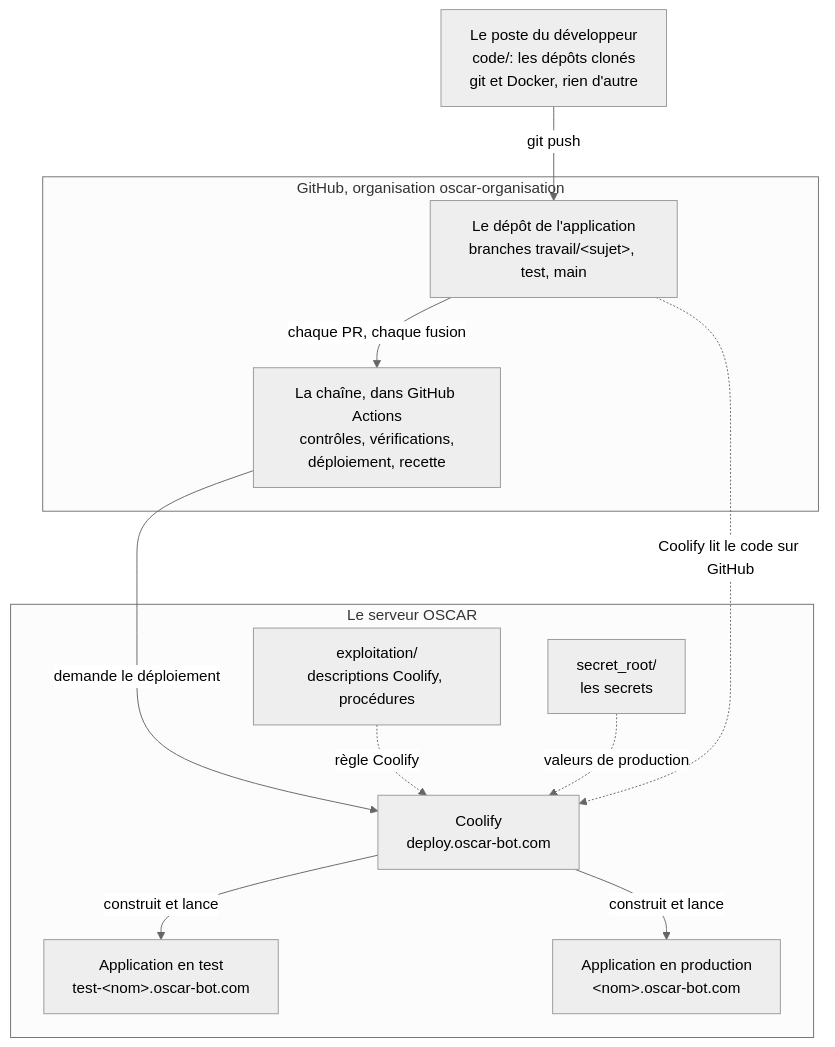
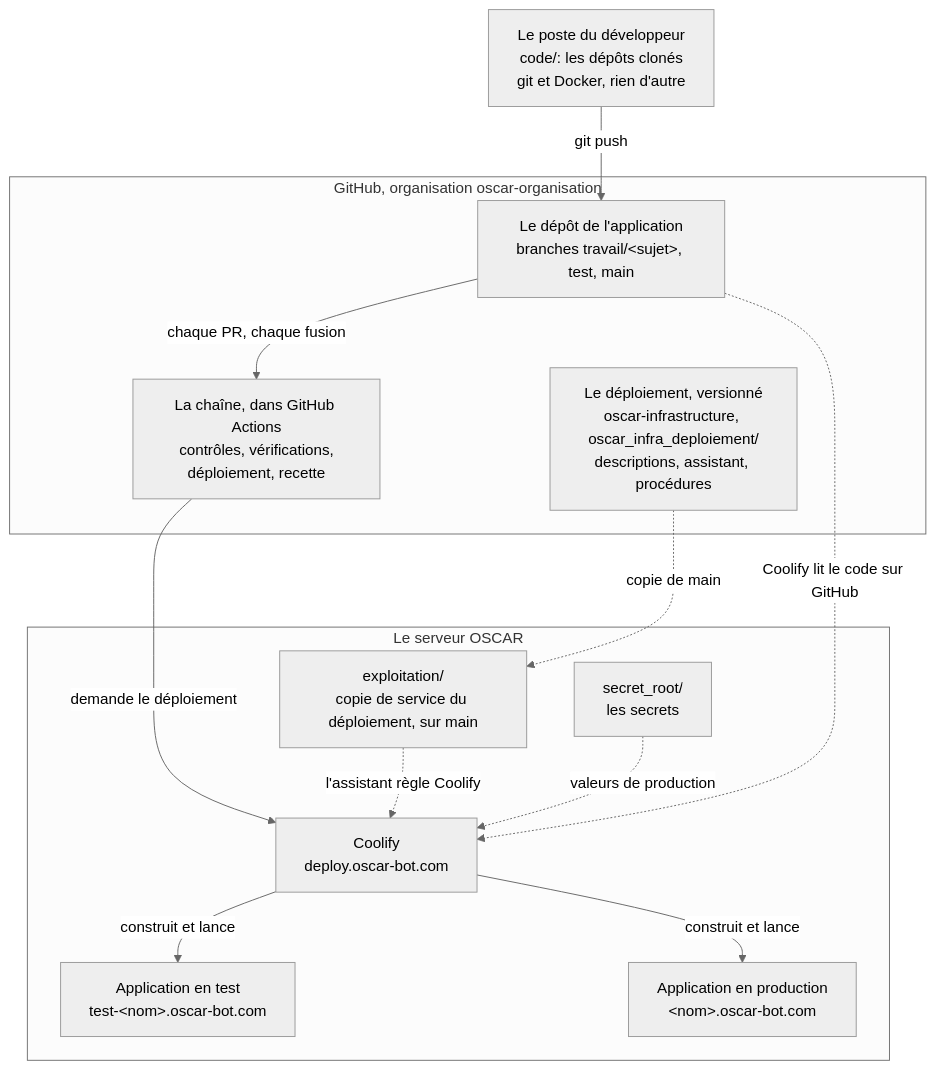
The diagram in docs/schemas/01-vue-d-ensemble.mmd (oscar-organisation/oscar-general-gouvernance-project), drawn with Mermaid (neutral theme) before and after one commit. The commit also changed 4 other files, not shown here.

First line of the commit message:
Guide: le déploiement versionné dans oscar_infra_deploiement

```diff
--- a/docs/schemas/01-vue-d-ensemble.mmd
+++ b/docs/schemas/01-vue-d-ensemble.mmd
@@ -1,30 +1,32 @@
 %% Vue d'ensemble: où vit quoi, et qui parle à qui.
 %% Source de 01-vue-d-ensemble.svg. L'image ne se retouche jamais à la main.
 %% Après une modification, depuis la racine du dépôt:
 %%   docker compose -f docs/outils/compose.yaml run --rm schemas
 flowchart TB
   code["Le poste du développeur<br>code/: les dépôts clonés<br>git et Docker, rien d'autre"]
 
   subgraph github["GitHub, organisation oscar-organisation"]
     depot["Le dépôt de l'application<br>branches travail/#lt;sujet#gt;, test, main"]
     chaine["La chaîne, dans GitHub Actions<br>contrôles, vérifications,<br>déploiement, recette"]
+    deploiement["Le déploiement, versionné<br>oscar-infrastructure, oscar_infra_deploiement/<br>descriptions, assistant, procédures"]
   end
 
   subgraph serveur["Le serveur OSCAR"]
-    exploitation["exploitation/<br>descriptions Coolify, procédures"]:::discret
+    exploitation["exploitation/<br>copie de service du déploiement, sur main"]:::discret
     coolify["Coolify<br>deploy.oscar-bot.com"]
     secrets["secret_root/<br>les secrets"]:::discret
     appt["Application en test<br>test-#lt;nom#gt;.oscar-bot.com"]
     appp["Application en production<br>#lt;nom#gt;.oscar-bot.com"]
   end
 
   code -- "git push" --> depot
   depot -- "chaque PR, chaque fusion" --> chaine
   chaine -- "demande le déploiement" --> coolify
   depot -. "Coolify lit le code sur GitHub" .-> coolify
-  exploitation -. "règle Coolify" .-> coolify
+  deploiement -. "copie de main" .-> exploitation
+  exploitation -. "l'assistant règle Coolify" .-> coolify
   secrets -. "valeurs de production" .-> coolify
   coolify -- "construit et lance" --> appt
   coolify -- "construit et lance" --> appp
   chaine ~~~ exploitation
   chaine ~~~ secrets
```
